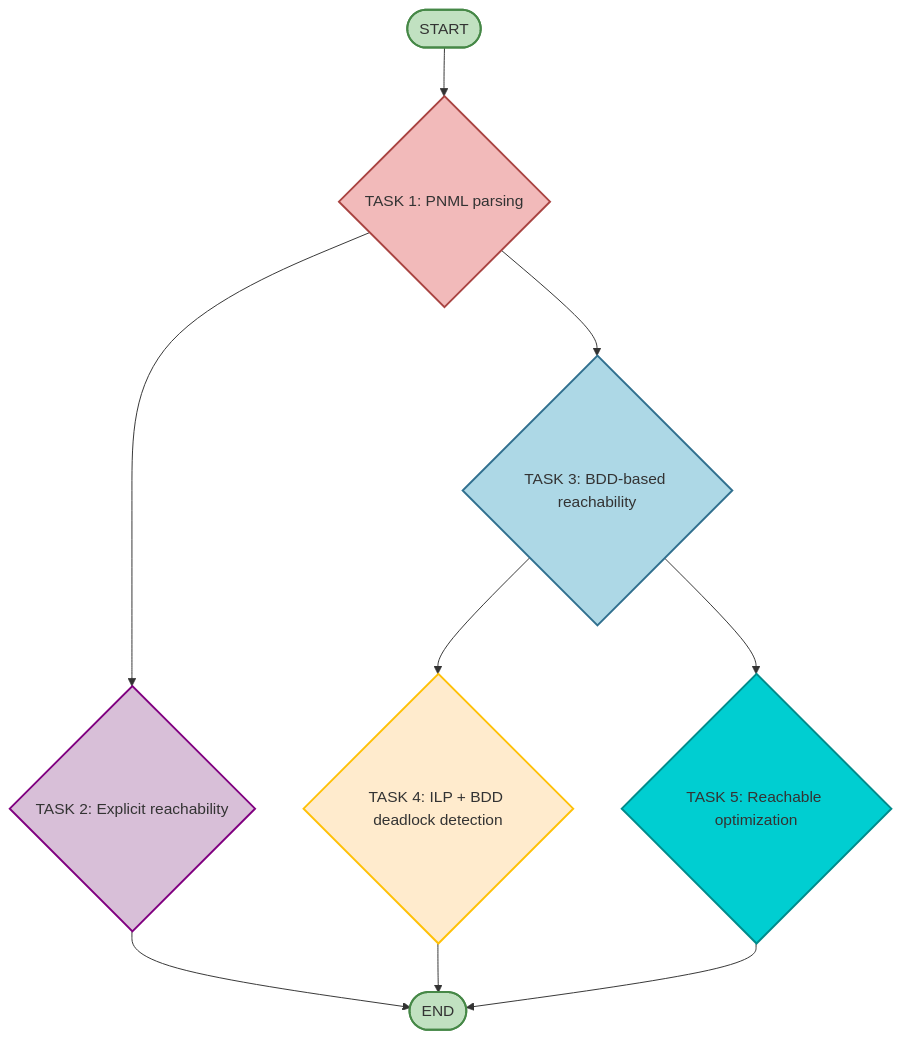
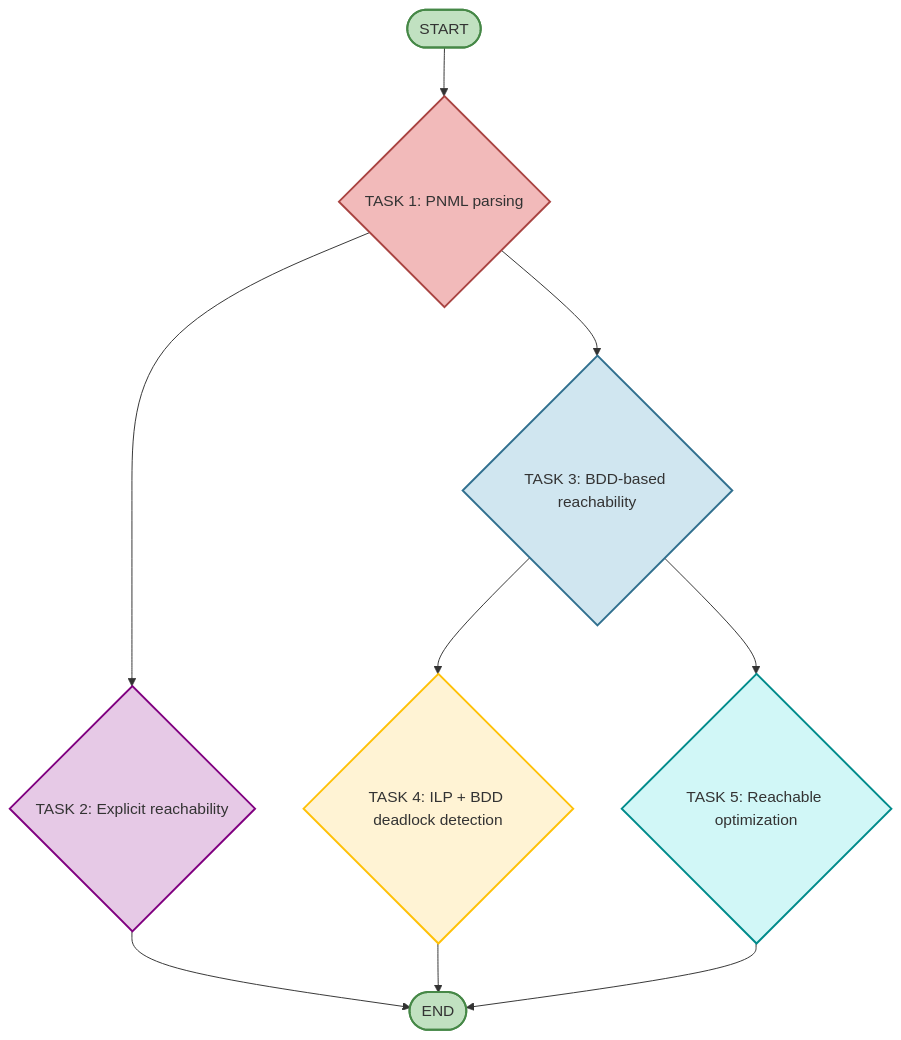
One commit to truonghienminh-HCMUT/BTL-MHH changed the diagram in TASK6_BTL_HK251-main/TASK6_BTL_HK251-main/README.md. Above: the diagram before and after it, drawn with Mermaid.

````diff
--- a/TASK6_BTL_HK251-main/TASK6_BTL_HK251-main/README.md
+++ b/TASK6_BTL_HK251-main/TASK6_BTL_HK251-main/README.md
@@ -3,40 +3,40 @@
 ```mermaid
 flowchart TD
-    %% Nút Bắt đầu và Kết thúc (Hình elip)
+    %% Nút Bắt đầu và Kết thúc (Hình elip, màu xanh lá cây)
     START([START])
     END([END])
 
     %% Các Task (Hình chữ nhật)
     TASK1{TASK 1: PNML parsing}
     TASK2{TASK 2: Explicit reachability}
     TASK3{TASK 3: BDD-based reachability}
     TASK4{TASK 4: ILP + BDD deadlock detection}
     TASK5{TASK 5: Reachable optimization}
 
     %% Định nghĩa luồng công việc
     START --> TASK1
 
     %% Từ TASK 1 chia thành 2 nhánh chính
     TASK1 --> TASK2
     TASK1 --> TASK3
 
     %% TASK 2 kết thúc
     TASK2 --> END
 
     %% Từ TASK 3 chia thành 2 nhánh phụ
     TASK3 --> TASK4
     TASK3 --> TASK5
 
     %% TASK 4 và TASK 5 kết thúc
     TASK4 --> END
     TASK5 --> END
 
-    %% Đặt lại màu sắc (Tùy chọn, cần Mermaid hỗ trợ styling)
-    style START fill:#c1e1c1, stroke:#468847, stroke-width:2px
+    %% Styling: Đổi màu nền (fill) và viền (stroke) theo màu sắc nổi bật
+    style START fill:#c1e1c1, stroke:#468847, stroke-width:2px 
     style END fill:#c1e1c1, stroke:#468847, stroke-width:2px
-    style TASK1 fill:#f2baba, stroke:#a94442, stroke-width:2px
-    style TASK2 fill:#d8bfd8, stroke:#800080, stroke-width:2px
-    style TASK3 fill:#add8e6, stroke:#31708f, stroke-width:2px
-    style TASK4 fill:#ffebcd, stroke:#ffc107, stroke-width:2px
-    style TASK5 fill:#00ced1, stroke:#008b8b, stroke-width:2px
+    style TASK1 fill:#f2baba, stroke:#a94442, stroke-width:2px 
+    style TASK2 fill:#e6c9e6, stroke:#800080, stroke-width:2px 
+    style TASK3 fill:#d0e6f0, stroke:#31708f, stroke-width:2px 
+    style TASK4 fill:#fff3d4, stroke:#ffc107, stroke-width:2px 
+    style TASK5 fill:#d1f7f7, stroke:#008b8b, stroke-width:2px
 ```
````
